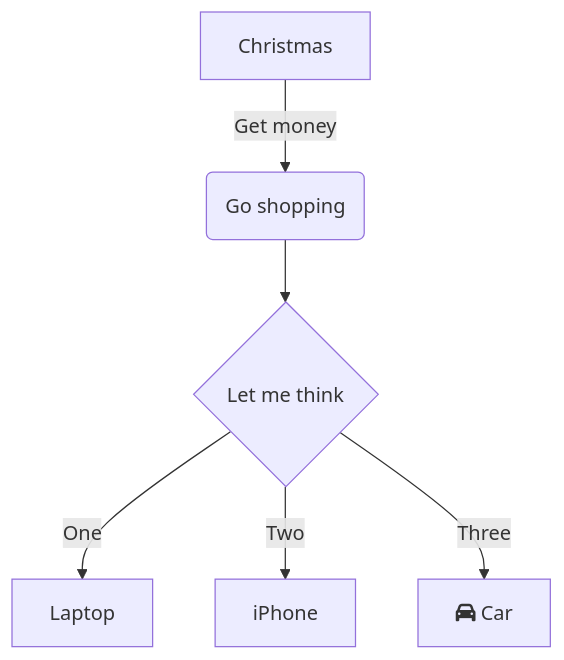
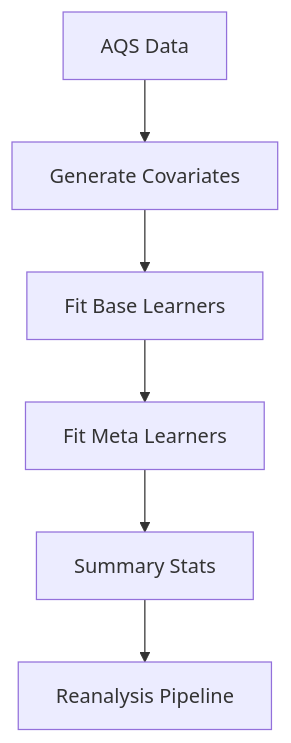
The diagram in README.md (NIEHS/beethoven), drawn with Mermaid before and after one commit. The commit also changed other lines of this file, not shown here.

````diff
--- a/README.md
+++ b/README.md
@@ -3,9 +3,8 @@
 ```mermaid
+
 flowchart TD
-    A[Christmas] -->|Get money| B(Go shopping)
-    B --> C{Let me think}
-    C -->|One| D[Laptop];   
-    C -->|Two| E[iPhone];
-    C -->|Three| F[fa:fa-car Car];
+    A[AQS Data] --> B[Generate Covariates]--> C[Fit Base Learners]-->D[Fit Meta Learners]-->E[Summary Stats]-->F[Reanalysis Pipeline]
+
+   
   
 ```
````
